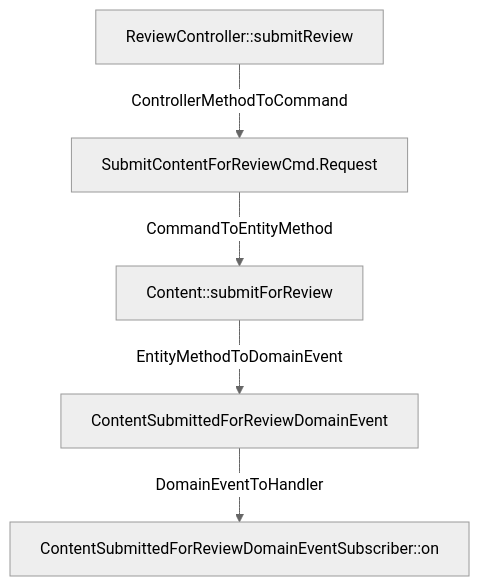
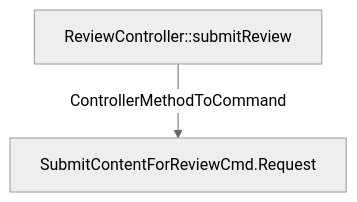
One commit to LDmoxeii/cap4k-reference-content-studio changed the diagram in analysis/flows/com_only4_cap4k_reference_contentstudio_adapter_http_ReviewController_submitRevi.mmd. Above: the diagram before and after it, drawn with Mermaid (neutral theme). The commit also changed 44 other files, not shown here.

```diff
--- a/analysis/flows/com_only4_cap4k_reference_contentstudio_adapter_http_ReviewController_submitRevi.mmd
+++ b/analysis/flows/com_only4_cap4k_reference_contentstudio_adapter_http_ReviewController_submitRevi.mmd
@@ -1,10 +1,4 @@
 flowchart TD
   N1[ReviewController::submitReview]
   N2[SubmitContentForReviewCmd.Request]
-  N3[ContentSubmittedForReviewDomainEventSubscriber::on]
-  N4[Content::submitForReview]
-  N5[ContentSubmittedForReviewDomainEvent]
   N1 -->|ControllerMethodToCommand| N2
-  N2 -->|CommandToEntityMethod| N4
-  N4 -->|EntityMethodToDomainEvent| N5
-  N5 -->|DomainEventToHandler| N3
```
